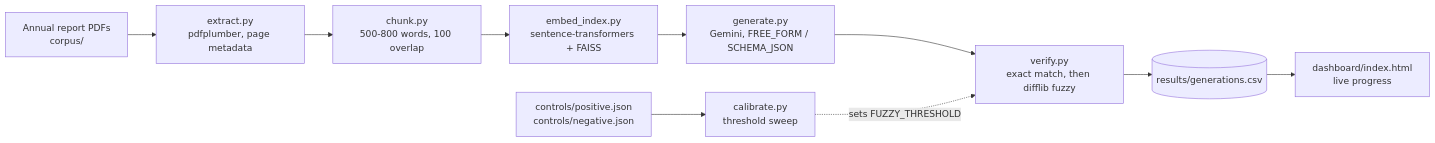
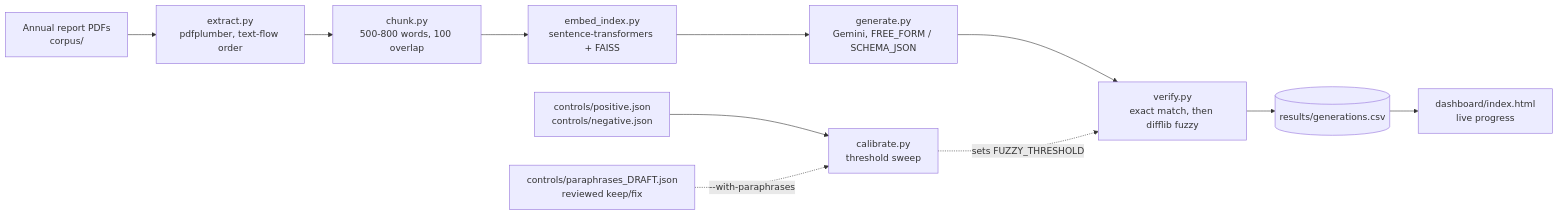
Before and after one commit to aaryahi-dotcom/quotation-fidelity: the first of 4 diagrams in docs/technical-paper.md, drawn with Mermaid. The commit also changed other lines of this file and 8 other files, not shown here.

````diff
--- a/docs/technical-paper.md
+++ b/docs/technical-paper.md
@@ -35,12 +35,13 @@
 ```mermaid
 flowchart LR
-    A[Annual report PDFs<br/>corpus/] --> B[extract.py<br/>pdfplumber, page metadata]
+    A[Annual report PDFs<br/>corpus/] --> B[extract.py<br/>pdfplumber, text-flow order]
     B --> C[chunk.py<br/>500-800 words, 100 overlap]
     C --> D[embed_index.py<br/>sentence-transformers + FAISS]
     D --> E[generate.py<br/>Gemini, FREE_FORM / SCHEMA_JSON]
     E --> F[verify.py<br/>exact match, then difflib fuzzy]
     F --> G[(results/generations.csv)]
     G --> H[dashboard/index.html<br/>live progress]
     I[controls/positive.json<br/>controls/negative.json] --> J[calibrate.py<br/>threshold sweep]
+    K[controls/paraphrases_DRAFT.json<br/>reviewed keep/fix] -. --with-paraphrases .-> J
     J -. sets FUZZY_THRESHOLD .-> F
 ```
````
